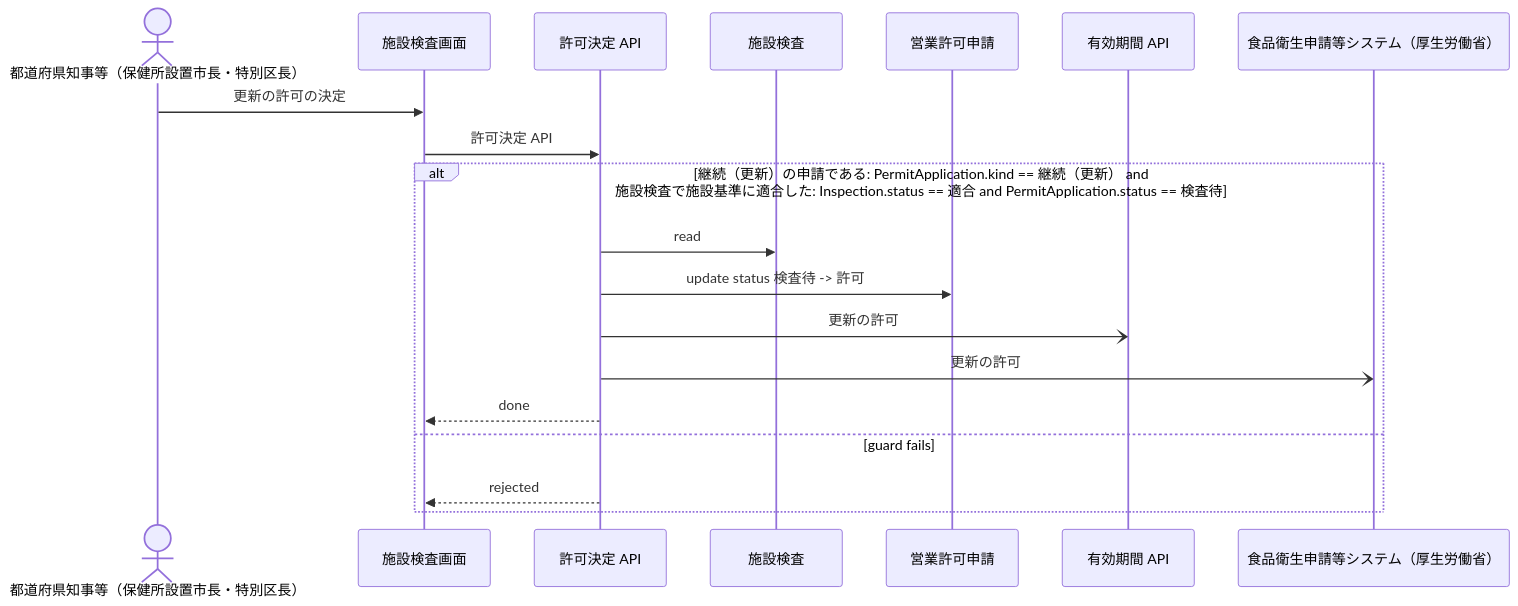
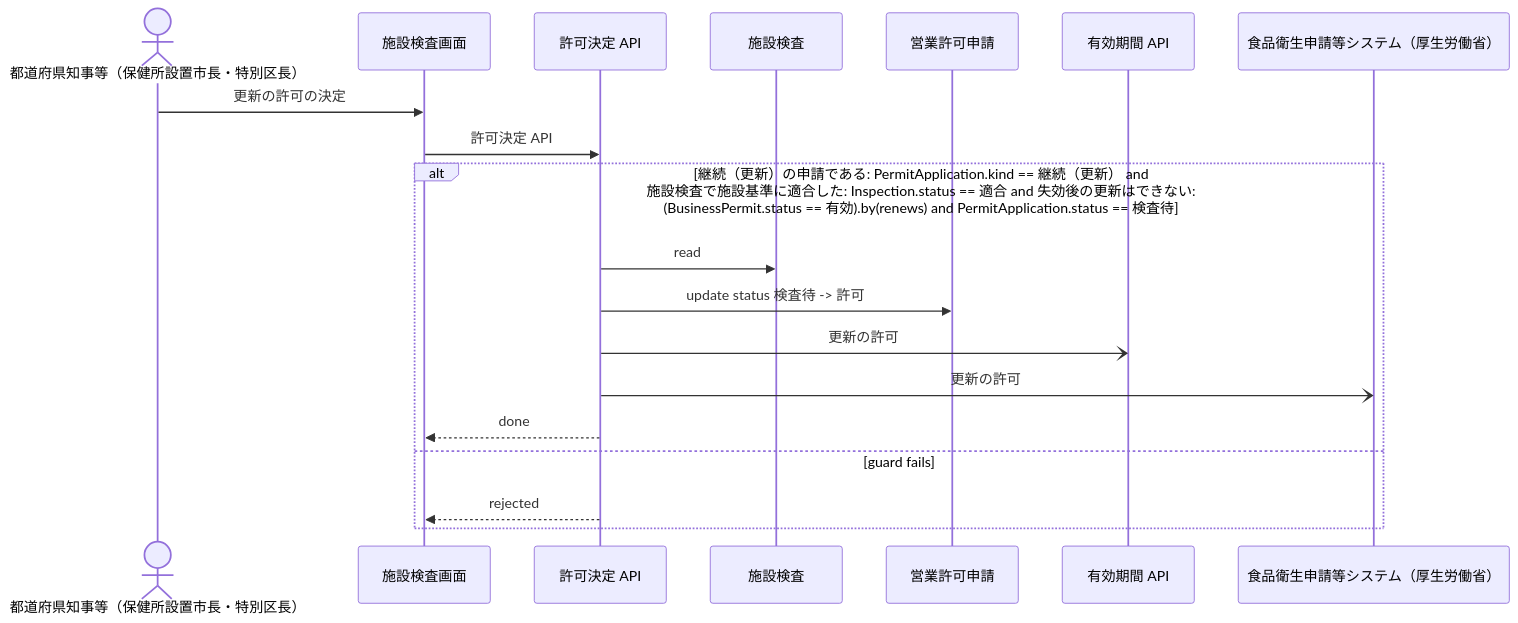
The diagram in samples/food-permit-ops/out/uc/sequence_RenewPermit.mmd (manji-0/rdra-ish-dsl), drawn with Mermaid before and after one commit. The commit also changed 31 other files, not shown here.

```diff
--- a/samples/food-permit-ops/out/uc/sequence_RenewPermit.mmd
+++ b/samples/food-permit-ops/out/uc/sequence_RenewPermit.mmd
@@ -1,22 +1,22 @@
 %% rdra-ish diagram=sequence scope=usecase:RenewPermit model=samples/food-permit-ops
 %% kinds: actor screen api entity extsystem
 %% omitted: buc step medium permission event condition
 sequenceDiagram
   actor actor__PermitAuthority as 都道府県知事等（保健所設置市長・特別区長）
   participant screen__InspectionScreen as 施設検査画面
   participant api__DecisionApi as 許可決定 API
   participant entity__Inspection as 施設検査
   participant entity__PermitApplication as 営業許可申請
   participant api__PermitTermApi as 有効期間 API
   participant extsystem__FoodSanitationSystem as 食品衛生申請等システム（厚生労働省）
   actor__PermitAuthority ->> screen__InspectionScreen: 更新の許可の決定
   screen__InspectionScreen ->> api__DecisionApi: 許可決定 API
-  alt 継続（更新）の申請である: PermitApplication.kind == 継続（更新） and 施設検査で施設基準に適合した: Inspection.status == 適合 and PermitApplication.status == 検査待
+  alt 継続（更新）の申請である: PermitApplication.kind == 継続（更新） and 施設検査で施設基準に適合した: Inspection.status == 適合 and 失効後の更新はできない: (BusinessPermit.status == 有効).by(renews) and PermitApplication.status == 検査待
     api__DecisionApi ->> entity__Inspection: read
     api__DecisionApi ->> entity__PermitApplication: update status 検査待 -> 許可
     api__DecisionApi -) api__PermitTermApi: 更新の許可
     api__DecisionApi -) extsystem__FoodSanitationSystem: 更新の許可
     api__DecisionApi -->> screen__InspectionScreen: done
   else guard fails
     api__DecisionApi -->> screen__InspectionScreen: rejected
   end
```
